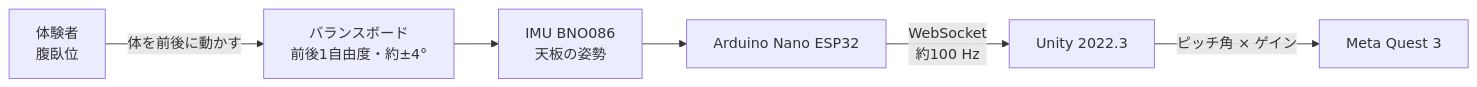
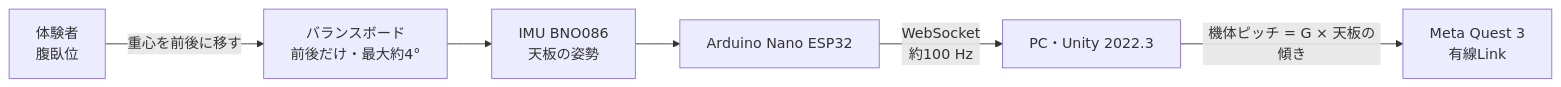
The diagram in README.md (GoNakano/vr-glider-project-summary), drawn with Mermaid before and after one commit. The commit also changed other lines of this file, not shown here.

````diff
--- a/README.md
+++ b/README.md
@@ -64,8 +68,8 @@
 ```mermaid
 flowchart LR
-  U[体験者<br>腹臥位] -->|体を前後に動かす| B[バランスボード<br>前後1自由度・約±4°]
+  U[体験者<br>腹臥位] -->|重心を前後に移す| B[バランスボード<br>前後だけ・最大約4°]
   B --> I[IMU BNO086<br>天板の姿勢]
   I --> M[Arduino Nano ESP32]
-  M -->|WebSocket<br>約100 Hz| P[Unity 2022.3]
-  P -->|ピッチ角 × ゲイン| H[Meta Quest 3]
+  M -->|WebSocket<br>約100 Hz| P[PC・Unity 2022.3]
+  P -->|機体ピッチ = G × 天板の傾き| H[Meta Quest 3<br>有線Link]
 ```
````
